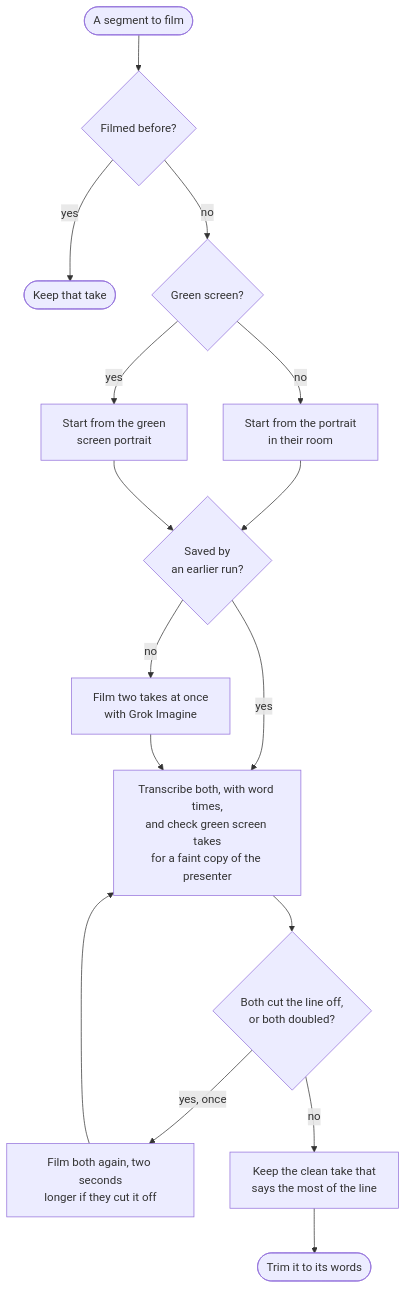
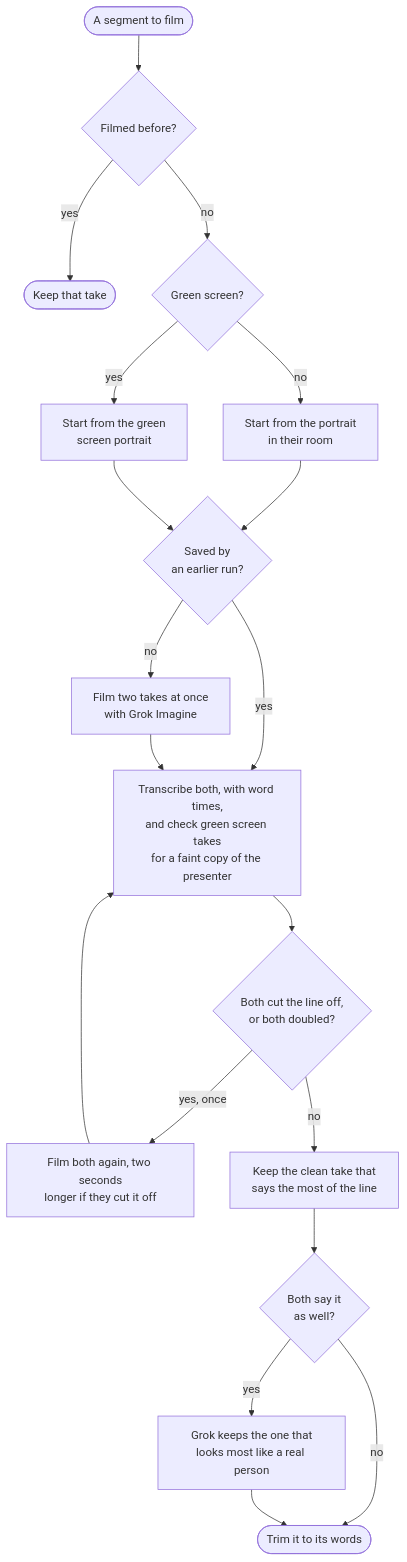
The second of 6 diagrams in examples/grok-shorts/README.md (xai-org/xai-cookbook), drawn with Mermaid before and after one commit. The commit also changed other lines of this file and 23 other files, not shown here.

First line of the commit message:
Make Grok Shorts videos look filmed by a person, with stitched clips, reactions, and motion graphics

````diff
--- a/examples/grok-shorts/README.md
+++ b/examples/grok-shorts/README.md
@@ -202,18 +202,21 @@
 ```mermaid
 flowchart TD
     segment(["A segment to film"]) --> kept{"Filmed before?"}
     kept -->|yes| reuse(["Keep that take"])
     kept -->|no| green{"Green screen?"}
     green -->|no| room["Start from the portrait<br/>in their room"]
     green -->|yes| screen["Start from the green<br/>screen portrait"]
     room --> saved{"Saved by<br/>an earlier run?"}
     screen --> saved
     saved -->|no| takes["Film two takes at once<br/>with Grok Imagine"]
     saved -->|yes| hear
     takes --> hear["Transcribe both, with word times,<br/>and check green screen takes<br/>for a faint copy of the presenter"]
     hear --> cutoff{"Both cut the line off,<br/>or both doubled?"}
     cutoff -->|yes, once| longer["Film both again, two seconds<br/>longer if they cut it off"]
     longer --> hear
     cutoff -->|no| best["Keep the clean take that<br/>says the most of the line"]
-    best --> trim(["Trim it to its words"])
+    best --> tie{"Both say it<br/>as well?"}
+    tie -->|yes| natural["Grok keeps the one that<br/>looks most like a real person"]
+    tie -->|no| trim(["Trim it to its words"])
+    natural --> trim
 ```
````
